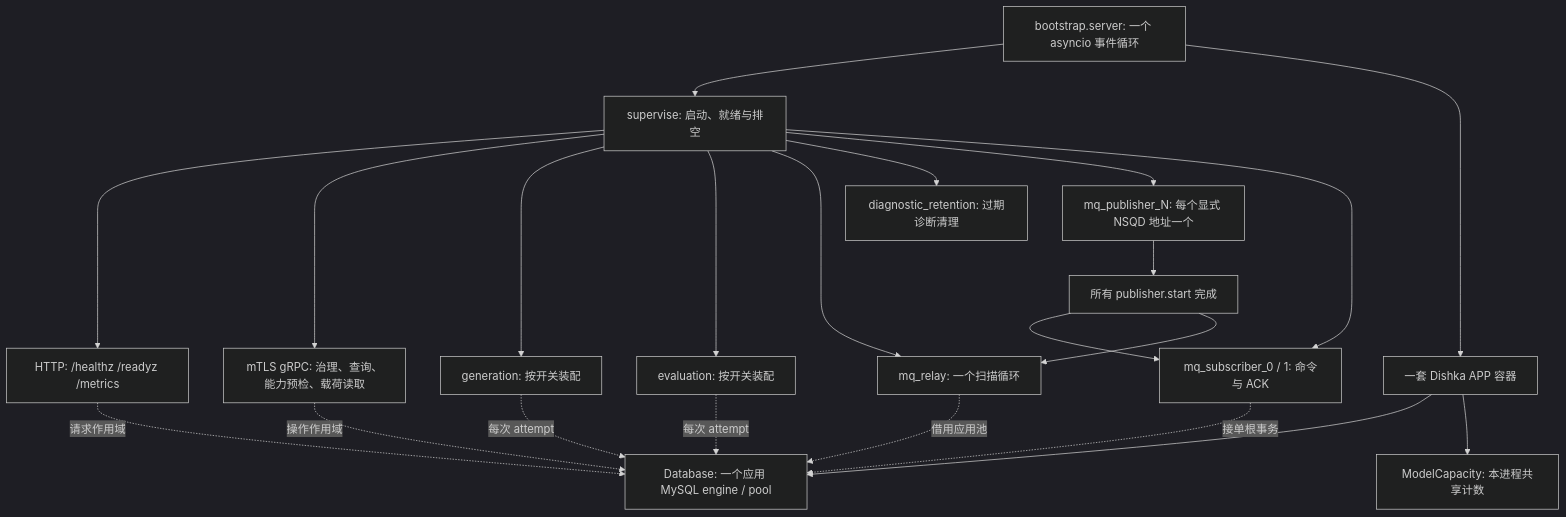
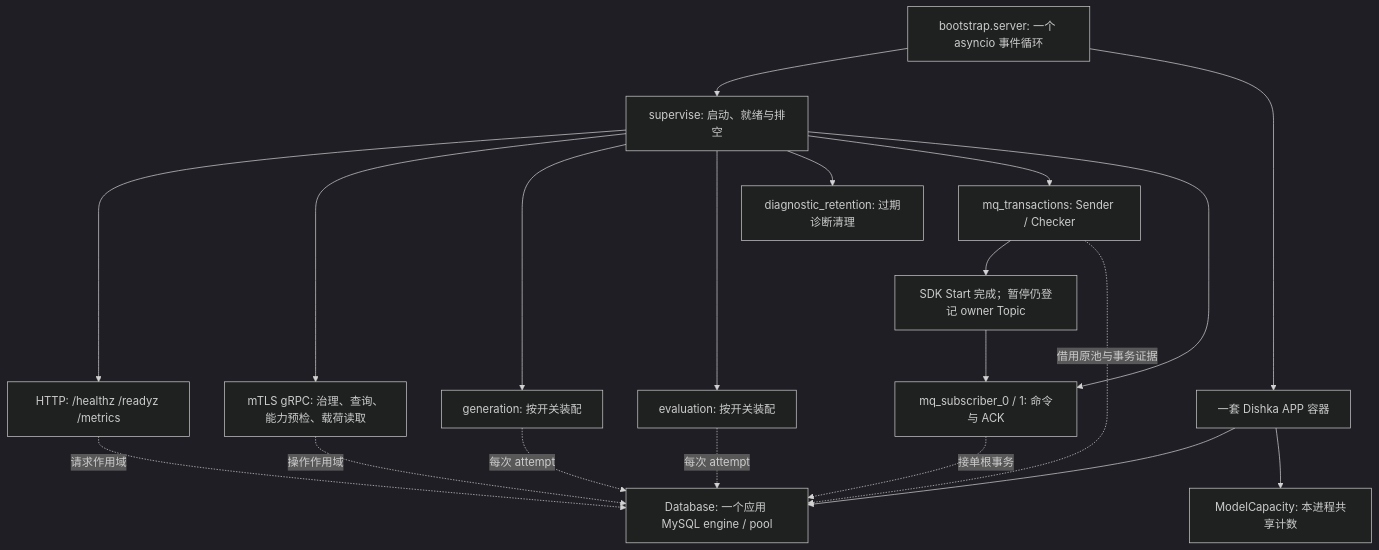
Before and after one commit to FangcunMount/qs-ai: the first of 2 diagrams in docs/01-运行时/01-单进程架构与启动装配.md, drawn with Mermaid (dark theme). The commit also changed other lines of this file and 22 other files, not shown here.

````diff
--- a/docs/01-运行时/01-单进程架构与启动装配.md
+++ b/docs/01-运行时/01-单进程架构与启动装配.md
@@ -15,26 +15,24 @@
 ```mermaid
 flowchart TB
     Entry["bootstrap.server: 一个 asyncio 事件循环"] --> Supervisor["supervise: 启动、就绪与排空"]
     Entry --> Container["一套 Dishka APP 容器"]
     Container --> Pool["Database: 一个应用 MySQL engine / pool"]
     Container --> Capacity["ModelCapacity: 本进程共享计数"]
 
     Supervisor --> HTTP["HTTP: /healthz /readyz /metrics"]
     Supervisor --> GRPC["mTLS gRPC: 治理、查询、能力预检、载荷读取"]
     Supervisor --> Generation["generation: 按开关装配"]
     Supervisor --> Evaluation["evaluation: 按开关装配"]
-    Supervisor --> Relay["mq_relay: 一个扫描循环"]
     Supervisor --> Retention["diagnostic_retention: 过期诊断清理"]
-    Supervisor --> Publishers["mq_publisher_N: 每个显式 NSQD 地址一个"]
+    Supervisor --> Transactions["mq_transactions: Sender / Checker"]
     Supervisor --> Subscribers["mq_subscriber_0 / 1: 命令与 ACK"]
-    Publishers --> Gate["所有 publisher.start 完成"]
+    Transactions --> Gate["SDK Start 完成；暂停仍登记 owner Topic"]
     Gate --> Subscribers
-    Gate --> Relay
 
     HTTP -. "请求作用域" .-> Pool
     GRPC -. "操作作用域" .-> Pool
     Generation -. "每次 attempt" .-> Pool
     Evaluation -. "每次 attempt" .-> Pool
-    Relay -. "借用应用池" .-> Pool
+    Transactions -. "借用原池与事务证据" .-> Pool
     Subscribers -. "接单根事务" .-> Pool
 ```
````
